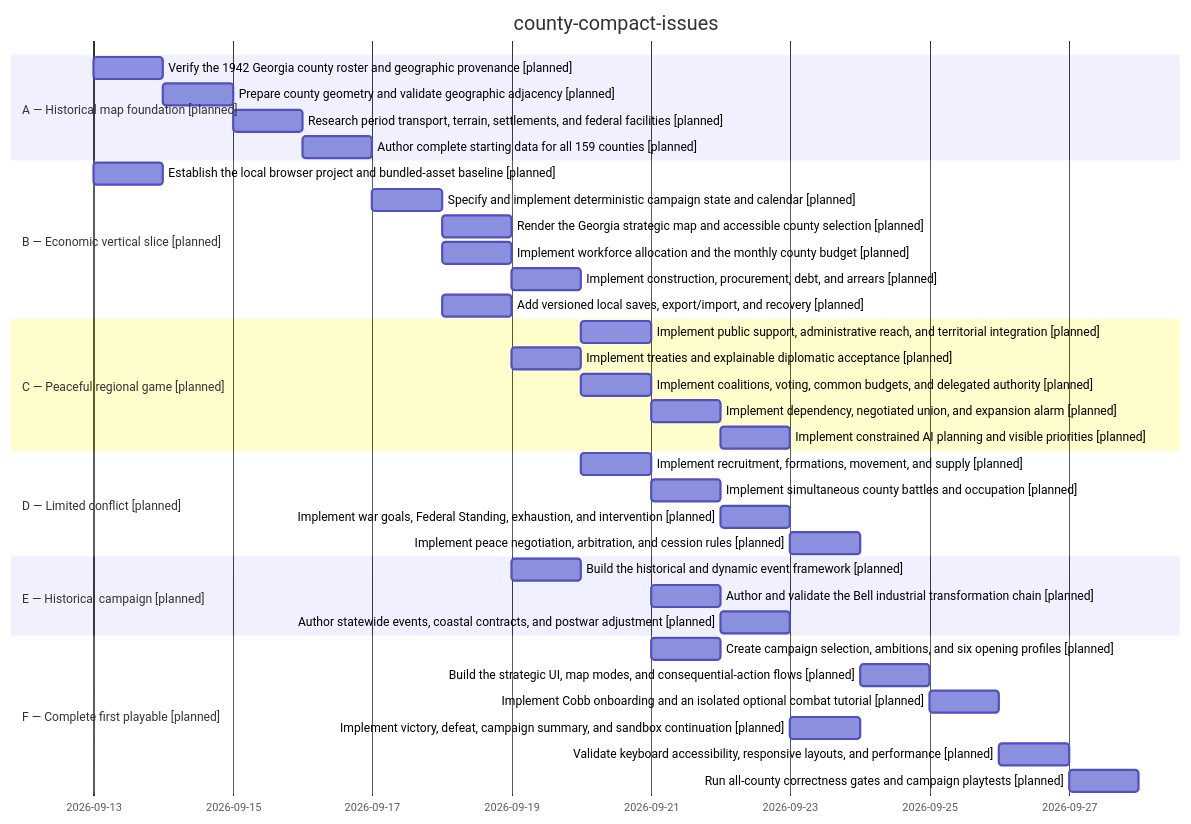
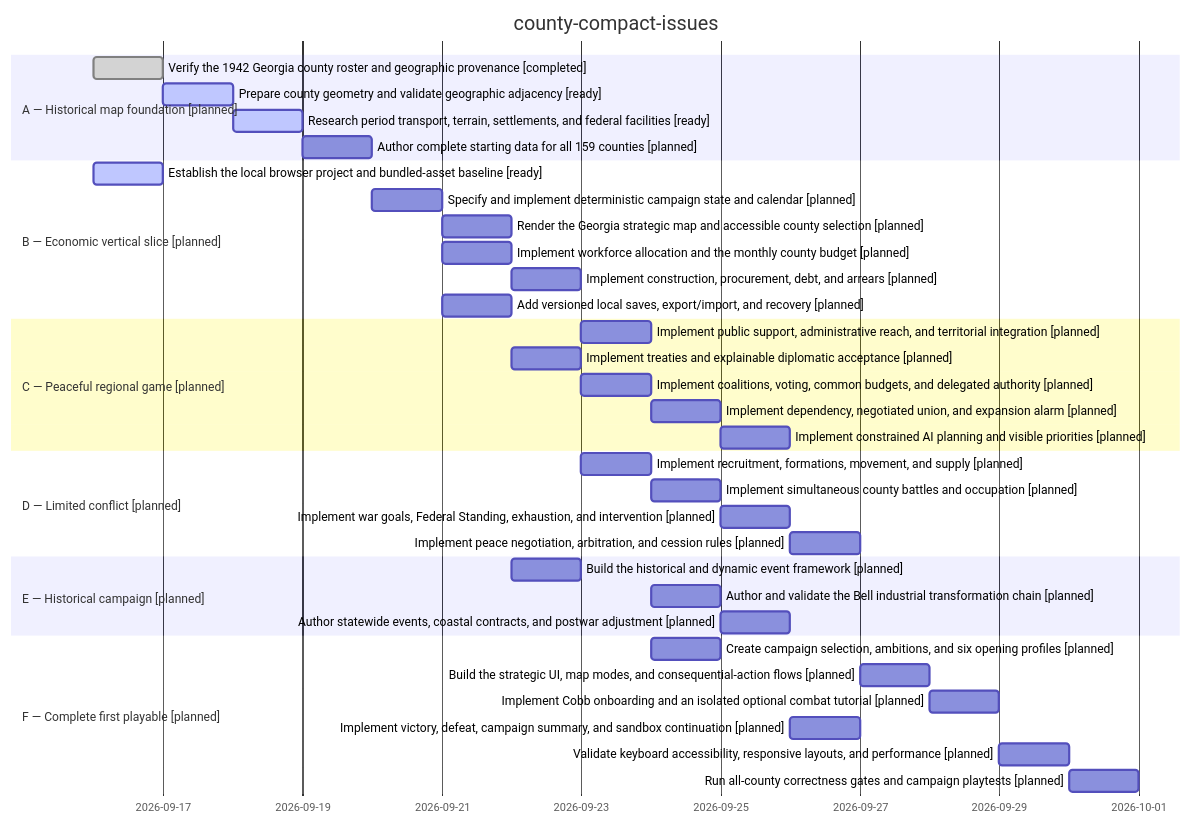
Before and after one commit to andysolomon/county-compact: the diagram in docs/workflows/county-compact-issues/gantt.mmd, drawn with Mermaid. The commit also changed 16 other files, not shown here.

First line of the commit message:
feat: CC-01 acceptance and CC-05 project baseline (CI gate, bundled fonts, architecture)

```diff
--- a/docs/workflows/county-compact-issues/gantt.mmd
+++ b/docs/workflows/county-compact-issues/gantt.mmd
@@ -1,47 +1,47 @@
 %% arc-render: gantt
 %% slug: county-compact-issues
 %% generator: @arc/workflow-core/render@2
-%% generated-at: 2026-09-13T00:00:00.000Z
+%% generated-at: 2026-09-16T21:50:00.000Z
 %% source: ".arc/workflows/county-compact-issues/workflow.yaml"
-%% source-fingerprint: sha256:50205dc3367c4e3ee5731f56e5e983cc23411b18417e2f09927e58967fcbb040
-%% content-fingerprint: sha256:45aa4a96d9f9d5191de46075d2547a031c8512cf1e6533f8b8f58e5dca2b18b1
+%% source-fingerprint: sha256:b9766abf778e30542df23e0c3b42a1e6a271cc558cbc2cba9f4f083ad4cc513c
+%% content-fingerprint: sha256:b3d114dd578e85e433ff36122885d8fe3584fa94e0c416f659ad98d50efa20a1
 %% notice: generated by @arc/workflow-core; edit the workflow source, not this file
 
 gantt
     dateFormat YYYY-MM-DD
     axisFormat %Y-%m-%d
     title county-compact-issues
     section A — Historical map foundation [planned]
-    Verify the 1942 Georgia county roster and geographic provenance [planned] :t_CC_01, 2026-09-13, 1d
-    Prepare county geometry and validate geographic adjacency [planned] :t_CC_02, after t_CC_01, 1d
-    Research period transport, terrain, settlements, and federal facilities [planned] :t_CC_03, after t_CC_01 t_CC_02, 1d
+    Verify the 1942 Georgia county roster and geographic provenance [completed] :done, t_CC_01, 2026-09-16, 1d
+    Prepare county geometry and validate geographic adjacency [ready] :active, t_CC_02, after t_CC_01, 1d
+    Research period transport, terrain, settlements, and federal facilities [ready] :active, t_CC_03, after t_CC_01 t_CC_02, 1d
     Author complete starting data for all 159 counties [planned] :t_CC_04, after t_CC_01 t_CC_03, 1d
     section B — Economic vertical slice [planned]
-    Establish the local browser project and bundled-asset baseline [planned] :t_CC_05, 2026-09-13, 1d
+    Establish the local browser project and bundled-asset baseline [ready] :active, t_CC_05, 2026-09-16, 1d
     Specify and implement deterministic campaign state and calendar [planned] :t_CC_06, after t_CC_04 t_CC_05, 1d
     Render the Georgia strategic map and accessible county selection [planned] :t_CC_07, after t_CC_02 t_CC_05 t_CC_06, 1d
     Implement workforce allocation and the monthly county budget [planned] :t_CC_08, after t_CC_06, 1d
     Implement construction, procurement, debt, and arrears [planned] :t_CC_09, after t_CC_03 t_CC_08, 1d
     Add versioned local saves, export/import, and recovery [planned] :t_CC_10, after t_CC_06, 1d
     section C — Peaceful regional game [planned]
     Implement public support, administrative reach, and territorial integration [planned] :t_CC_11, after t_CC_03 t_CC_08 t_CC_09, 1d
     Implement treaties and explainable diplomatic acceptance [planned] :t_CC_12, after t_CC_03 t_CC_06 t_CC_08, 1d
     Implement coalitions, voting, common budgets, and delegated authority [planned] :t_CC_13, after t_CC_08 t_CC_12, 1d
     Implement dependency, negotiated union, and expansion alarm [planned] :t_CC_14, after t_CC_11 t_CC_12 t_CC_13, 1d
     Implement constrained AI planning and visible priorities [planned] :t_CC_15, after t_CC_09 t_CC_11 t_CC_12 t_CC_13 t_CC_14, 1d
     section D — Limited conflict [planned]
     Implement recruitment, formations, movement, and supply [planned] :t_CC_16, after t_CC_03 t_CC_08 t_CC_12, 1d
     Implement simultaneous county battles and occupation [planned] :t_CC_17, after t_CC_06 t_CC_16, 1d
     Implement war goals, Federal Standing, exhaustion, and intervention [planned] :t_CC_18, after t_CC_12 t_CC_16 t_CC_17, 1d
     Implement peace negotiation, arbitration, and cession rules [planned] :t_CC_19, after t_CC_14 t_CC_17 t_CC_18, 1d
     section E — Historical campaign [planned]
     Build the historical and dynamic event framework [planned] :t_CC_20, after t_CC_06 t_CC_08 t_CC_10, 1d
     Author and validate the Bell industrial transformation chain [planned] :t_CC_21, after t_CC_09 t_CC_11 t_CC_12 t_CC_20, 1d
     Author statewide events, coastal contracts, and postwar adjustment [planned] :t_CC_22, after t_CC_13 t_CC_14 t_CC_20, 1d
     section F — Complete first playable [planned]
     Create campaign selection, ambitions, and six opening profiles [planned] :t_CC_23, after t_CC_04 t_CC_07 t_CC_08 t_CC_13, 1d
     Build the strategic UI, map modes, and consequential-action flows [planned] :t_CC_24, after t_CC_07 t_CC_08 t_CC_11 t_CC_13 t_CC_19 t_CC_20, 1d
     Implement Cobb onboarding and an isolated optional combat tutorial [planned] :t_CC_25, after t_CC_19 t_CC_21 t_CC_23 t_CC_24, 1d
     Implement victory, defeat, campaign summary, and sandbox continuation [planned] :t_CC_26, after t_CC_11 t_CC_13 t_CC_18 t_CC_20 t_CC_23, 1d
     Validate keyboard accessibility, responsive layouts, and performance [planned] :t_CC_27, after t_CC_24 t_CC_25 t_CC_26, 1d
     Run all-county correctness gates and campaign playtests [planned] :t_CC_28, after t_CC_15 t_CC_19 t_CC_22 t_CC_25 t_CC_26 t_CC_27, 1d
```
